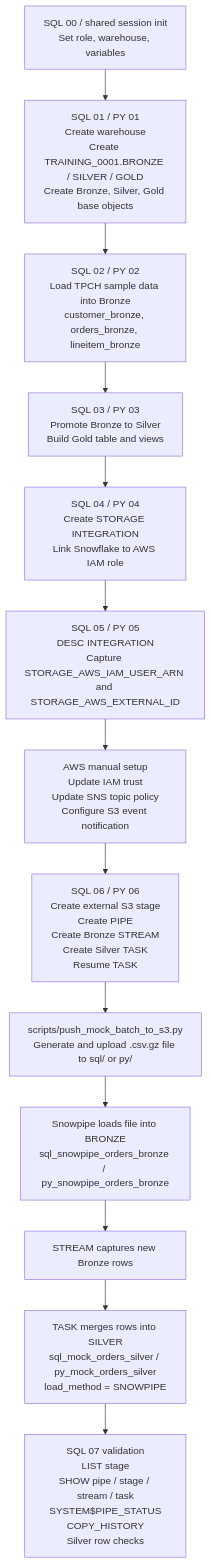
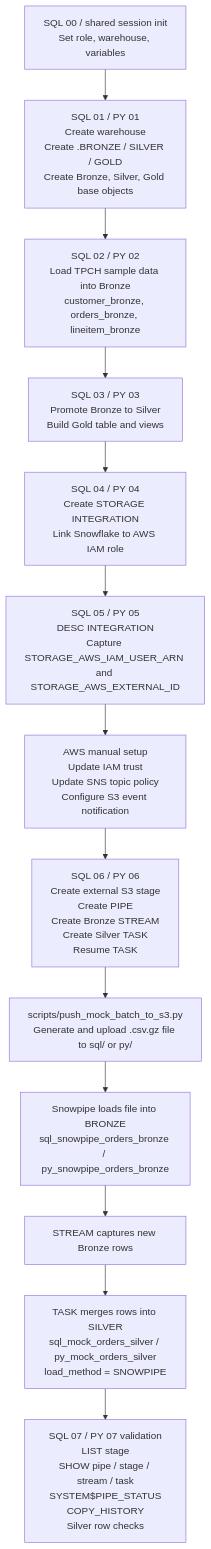
Before and after one commit to BrianCollinss/MySampleWork: the diagram in Snowflake/README.md, drawn with Mermaid. The commit also changed other lines of this file and 1 other file, not shown here.

````diff
--- a/Snowflake/README.md
+++ b/Snowflake/README.md
@@ -104,15 +105,15 @@
 ```mermaid
 flowchart TD
-    A["SQL 00 / shared session init<br/>Set role, warehouse, variables"] --> B["SQL 01 / PY 01<br/>Create warehouse<br/>Create TRAINING_0001.BRONZE / SILVER / GOLD<br/>Create Bronze, Silver, Gold base objects"]
+    A["SQL 00 / shared session init<br/>Set role, warehouse, variables"] --> B["SQL 01 / PY 01<br/>Create warehouse<br/>Create <PROJECT_DATABASE>.BRONZE / SILVER / GOLD<br/>Create Bronze, Silver, Gold base objects"]
     B --> C["SQL 02 / PY 02<br/>Load TPCH sample data into Bronze<br/>customer_bronze, orders_bronze, lineitem_bronze"]
     C --> D["SQL 03 / PY 03<br/>Promote Bronze to Silver<br/>Build Gold table and views"]
     D --> E["SQL 04 / PY 04<br/>Create STORAGE INTEGRATION<br/>Link Snowflake to AWS IAM role"]
     E --> F["SQL 05 / PY 05<br/>DESC INTEGRATION<br/>Capture STORAGE_AWS_IAM_USER_ARN and STORAGE_AWS_EXTERNAL_ID"]
     F --> G["AWS manual setup<br/>Update IAM trust<br/>Update SNS topic policy<br/>Configure S3 event notification"]
     G --> H["SQL 06 / PY 06<br/>Create external S3 stage<br/>Create PIPE<br/>Create Bronze STREAM<br/>Create Silver TASK<br/>Resume TASK"]
     H --> I["scripts/push_mock_batch_to_s3.py<br/>Generate and upload .csv.gz file to sql/ or py/"]
     I --> J["Snowpipe loads file into BRONZE<br/>sql_snowpipe_orders_bronze / py_snowpipe_orders_bronze"]
     J --> K["STREAM captures new Bronze rows"]
     K --> L["TASK merges rows into SILVER<br/>sql_mock_orders_silver / py_mock_orders_silver<br/>load_method = SNOWPIPE"]
-    L --> M["SQL 07 validation<br/>LIST stage<br/>SHOW pipe / stage / stream / task<br/>SYSTEM$PIPE_STATUS<br/>COPY_HISTORY<br/>Silver row checks"]
+    L --> M["SQL 07 / PY 07 validation<br/>LIST stage<br/>SHOW pipe / stage / stream / task<br/>SYSTEM$PIPE_STATUS<br/>COPY_HISTORY<br/>Silver row checks"]
 ```
````
